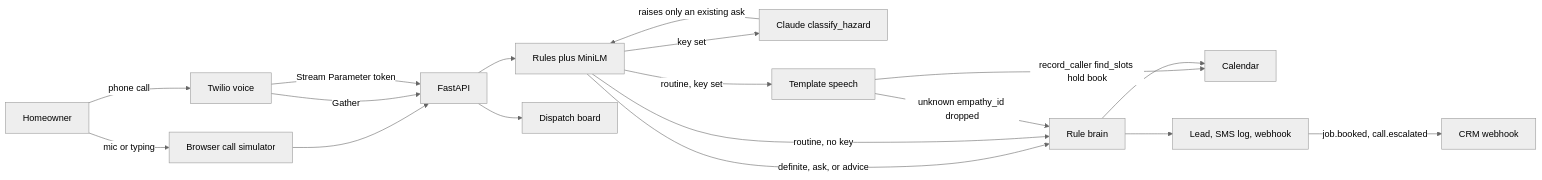
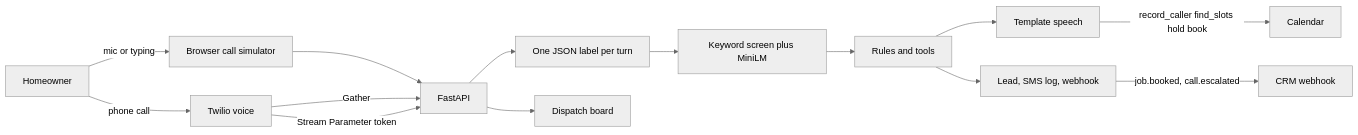
The diagram in README.md (asadurrehmandev/ai-receptionist-home-services), drawn with Mermaid (neutral theme) before and after one commit. The commit also changed other lines of this file and 16 other files, not shown here.

First line of the commit message:
Classify every caller turn once, and page only a present hazard.

````diff
--- a/README.md
+++ b/README.md
@@ -32,32 +32,28 @@
 ```mermaid
 flowchart LR
   caller[Homeowner]
   sim[Browser call simulator]
   twilio[Twilio voice]
   api[FastAPI]
-  hazard[Rules plus MiniLM]
-  claude[Claude classify_hazard]
-  rules[Rule brain]
+  understand[One JSON label per turn]
+  hazard[Keyword screen plus MiniLM]
+  rules[Rules and tools]
   speech[Template speech]
   cal[Calendar]
   crm[Lead, SMS log, webhook]
   desk[Dispatch board]
 
   caller -->|mic or typing| sim
   caller -->|phone call| twilio
   sim --> api
   twilio -->|Gather| api
   twilio -->|Stream Parameter token| api
-  api --> hazard
-  hazard -->|key set| claude
-  claude -->|raises only an existing ask| hazard
-  hazard -->|definite, ask, or advice| rules
-  hazard -->|routine, no key| rules
-  hazard -->|routine, key set| speech
+  api --> understand
+  understand --> hazard
+  hazard --> rules
+  rules --> speech
   speech -->|record_caller find_slots hold book| cal
-  speech -->|unknown empathy_id dropped| rules
-  rules --> cal
   rules --> crm
   crm -->|job.booked, call.escalated| hook[CRM webhook]
   api --> desk
 ```
````
